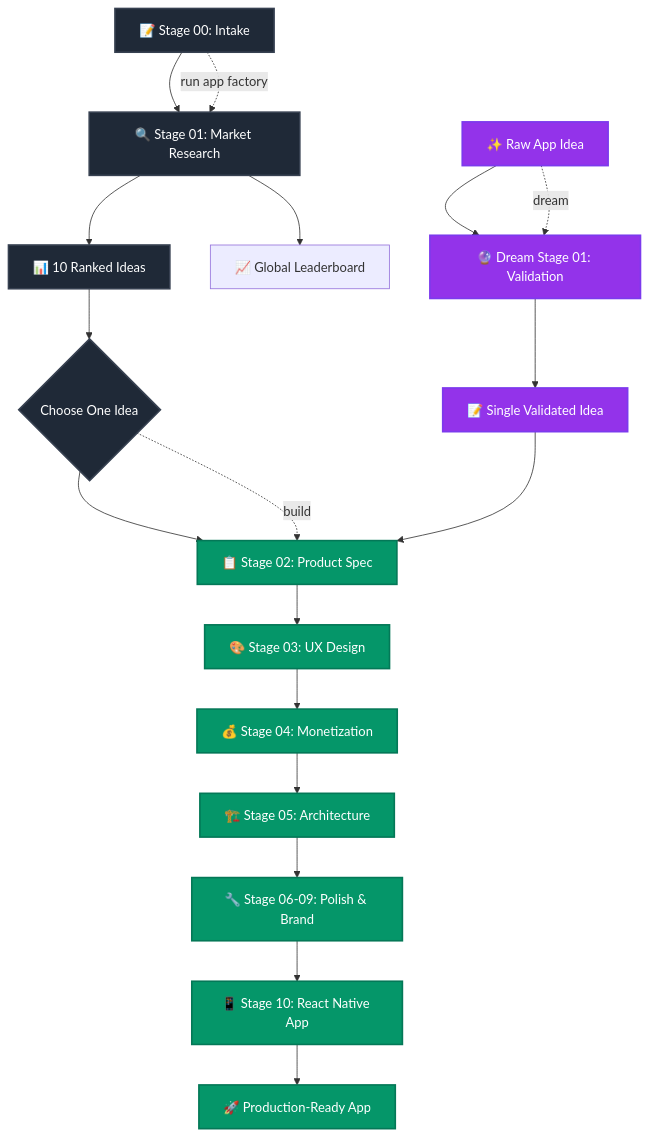
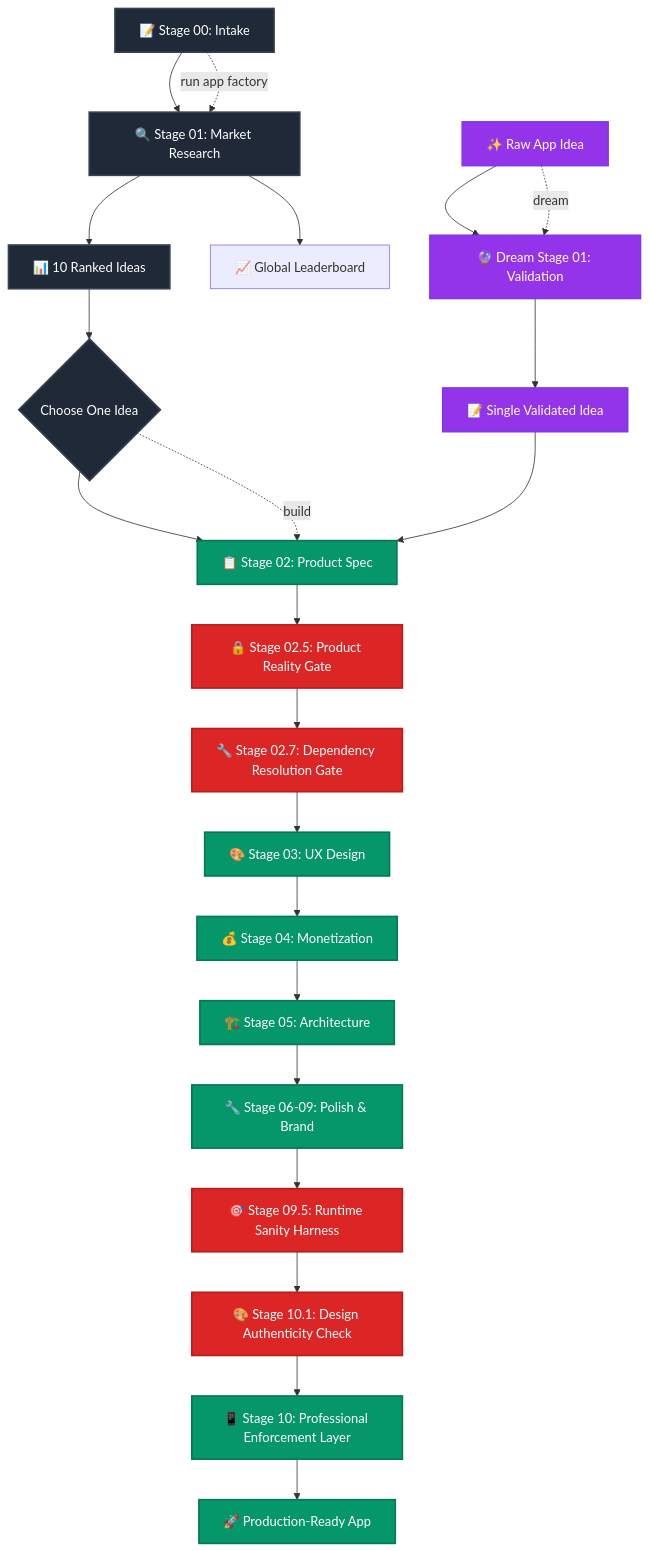
One commit to MeltedMindz/AppFactory changed the diagram in README.md. Above: the diagram before and after it, drawn with Mermaid. The commit also changed other lines of this file and 63 other files, not shown here.

First line of the commit message:
MAJOR: Implement Professional Quality Enforcement Pipeline

````diff
--- a/README.md
+++ b/README.md
@@ -70,38 +70,45 @@
 ```mermaid
 graph TD
     %% Traditional Research Mode
     A[📝 Stage 00: Intake] --> B[🔍 Stage 01: Market Research]
     B --> C[📊 10 Ranked Ideas]
     C --> D{Choose One Idea}
     D --> E[📋 Stage 02: Product Spec]
     
     %% Dream Mode ✨
     Z[✨ Raw App Idea] --> Y[🔮 Dream Stage 01: Validation]
     Y --> X[📝 Single Validated Idea]
     X --> E
     
-    %% Shared Pipeline
-    E --> F[🎨 Stage 03: UX Design]
+    %% Professional Quality Gates
+    E --> E1[🔒 Stage 02.5: Product Reality Gate]
+    E1 --> E2[🔧 Stage 02.7: Dependency Resolution Gate]
+    E2 --> F[🎨 Stage 03: UX Design]
     F --> G[💰 Stage 04: Monetization]
     G --> H[🏗️ Stage 05: Architecture]
     H --> I[🔧 Stage 06-09: Polish & Brand]
-    I --> J[📱 Stage 10: React Native App]
+    I --> I1[🎯 Stage 09.5: Runtime Sanity Harness]
+    I1 --> I2[🎨 Stage 10.1: Design Authenticity Check]
+    I2 --> J[📱 Stage 10: Professional Enforcement Layer]
     
     %% Outputs
     B --> K[📈 Global Leaderboard]
     J --> L[🚀 Production-Ready App]
     
     %% Command Labels
     A -.-> |"run app factory"| B
     Z -.-> |"dream <idea>"| Y
     D -.-> |"build <idea>"| E
     
     %% Styling
     classDef dreamMode fill:#9333ea,stroke:#7c3aed,stroke-width:2px,color:#fff
     classDef traditional fill:#1f2937,stroke:#374151,stroke-width:2px,color:#fff
     classDef shared fill:#059669,stroke:#047857,stroke-width:2px,color:#fff
     
+    classDef qualityGate fill:#dc2626,stroke:#b91c1c,stroke-width:2px,color:#fff
+    
     class Z,Y,X dreamMode
     class A,B,C,D traditional
     class E,F,G,H,I,J,L shared
+    class E1,E2,I1,I2 qualityGate
 ```
````
